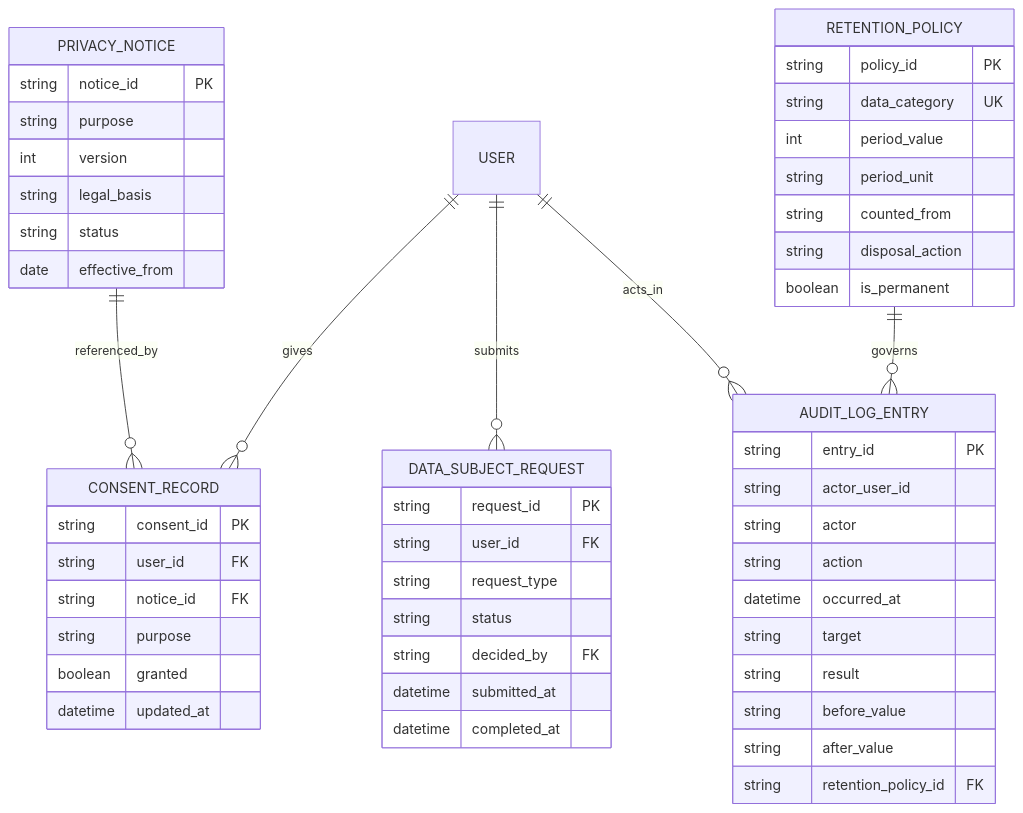
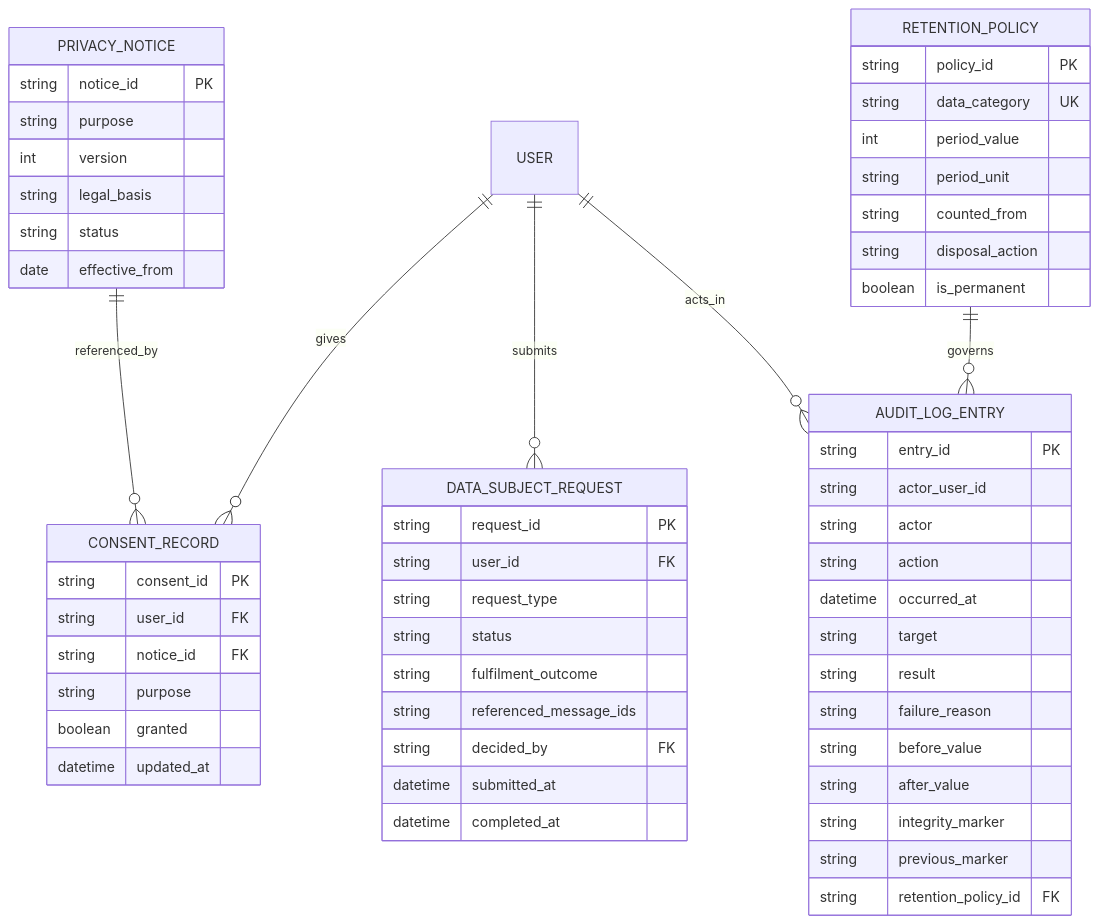
One commit to PAKOSORUS/Grade-Runway-PROJECT changed the fifth of 5 diagrams in docs/02-design/02-technical/database-spec.md. Above: the diagram before and after it, drawn with Mermaid. The commit also changed other lines of this file and 2 other files, not shown here.

````diff
--- a/docs/02-design/02-technical/database-spec.md
+++ b/docs/02-design/02-technical/database-spec.md
@@ -259,55 +264,60 @@
 ```mermaid
 erDiagram
     USER ||--o{ CONSENT_RECORD : gives
     USER ||--o{ DATA_SUBJECT_REQUEST : submits
     USER ||--o{ AUDIT_LOG_ENTRY : acts_in
     PRIVACY_NOTICE ||--o{ CONSENT_RECORD : referenced_by
     RETENTION_POLICY ||--o{ AUDIT_LOG_ENTRY : governs
 
     PRIVACY_NOTICE {
         string notice_id PK
         string purpose
         int version
         string legal_basis
         string status
         date effective_from
     }
     CONSENT_RECORD {
         string consent_id PK
         string user_id FK
         string notice_id FK
         string purpose
         boolean granted
         datetime updated_at
     }
     DATA_SUBJECT_REQUEST {
         string request_id PK
         string user_id FK
         string request_type
         string status
+        string fulfilment_outcome
+        string referenced_message_ids
         string decided_by FK
         datetime submitted_at
         datetime completed_at
     }
     AUDIT_LOG_ENTRY {
         string entry_id PK
         string actor_user_id
         string actor
         string action
         datetime occurred_at
         string target
         string result
+        string failure_reason
         string before_value
         string after_value
+        string integrity_marker
+        string previous_marker
         string retention_policy_id FK
     }
     RETENTION_POLICY {
         string policy_id PK
         string data_category UK
         int period_value
         string period_unit
         string counted_from
         string disposal_action
         boolean is_permanent
     }
 ```
````
